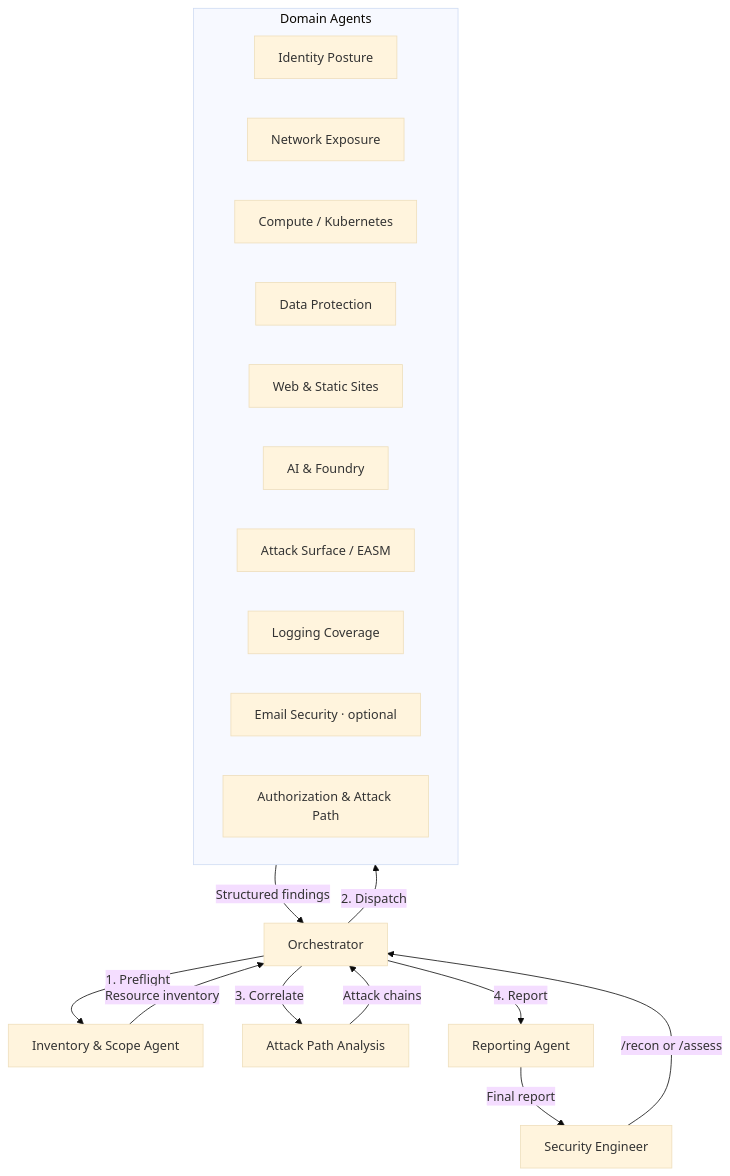
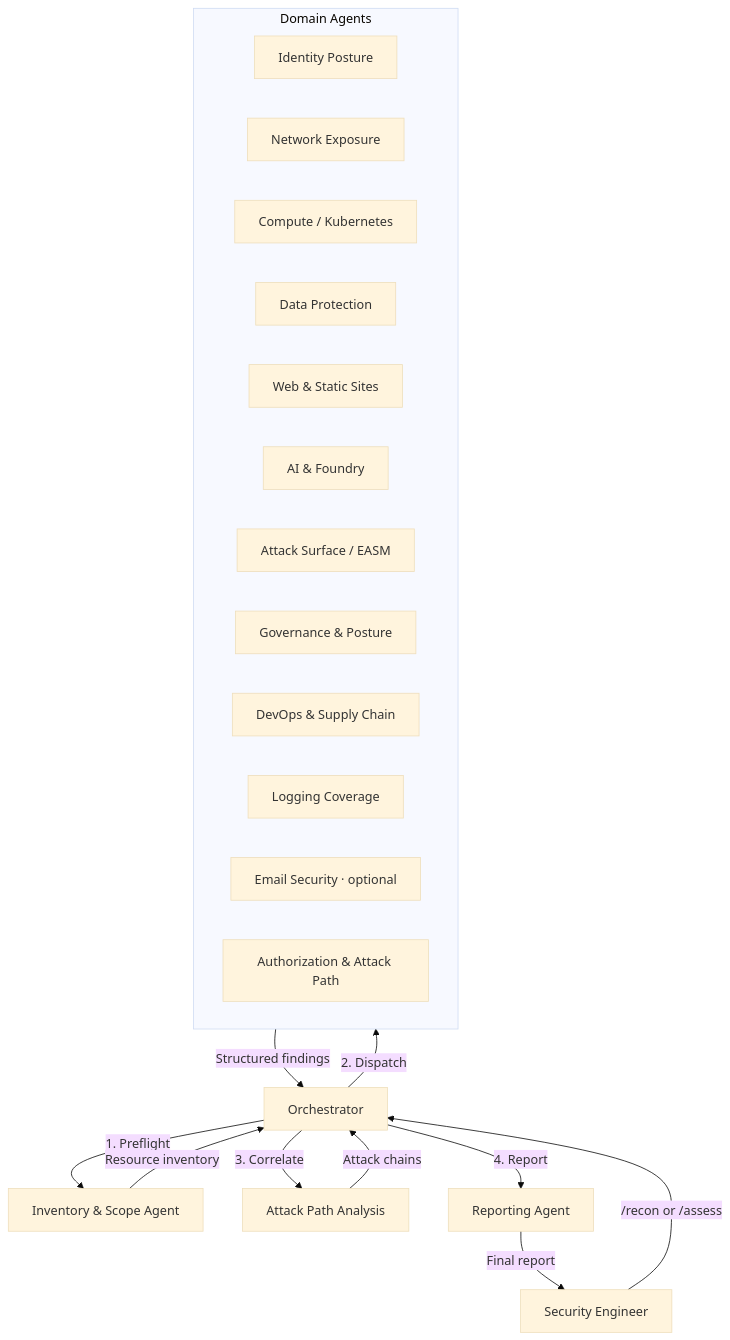
One commit to Contoso-State/red-team-agent-orchestration changed the diagram in README.md. Above: the diagram before and after it, drawn with Mermaid (base theme). The commit also changed other lines of this file and 50 other files, not shown here.

First line of the commit message:
Add Governance & DevOps/Supply-Chain red team domains; remove orphaned skills

````diff
--- a/README.md
+++ b/README.md
@@ -42,26 +42,28 @@
 ```mermaid
 graph TD
     User[Security Engineer] -->|/recon or /assess| Orchestrator
     Orchestrator -->|1. Preflight| Preflight[Inventory & Scope Agent]
     Preflight -->|Resource inventory| Orchestrator
     Orchestrator -->|2. Dispatch| Agents
 
     subgraph Agents[Domain Agents]
         ID[Identity Posture]
         NET[Network Exposure]
         COMP[Compute / Kubernetes]
         DATA[Data Protection]
         WEB[Web & Static Sites]
         AI[AI & Foundry]
         EASM[Attack Surface / EASM]
+        GOV[Governance & Posture]
+        SUP[DevOps & Supply Chain]
         LOG[Logging Coverage]
         MAIL[Email Security · optional]
         AUTH[Authorization & Attack Path]
     end
 
     Agents -->|Structured findings| Orchestrator
     Orchestrator -->|3. Correlate| APA[Attack Path Analysis]
     APA -->|Attack chains| Orchestrator
     Orchestrator -->|4. Report| Reporter[Reporting Agent]
     Reporter -->|Final report| User
 ```
````
